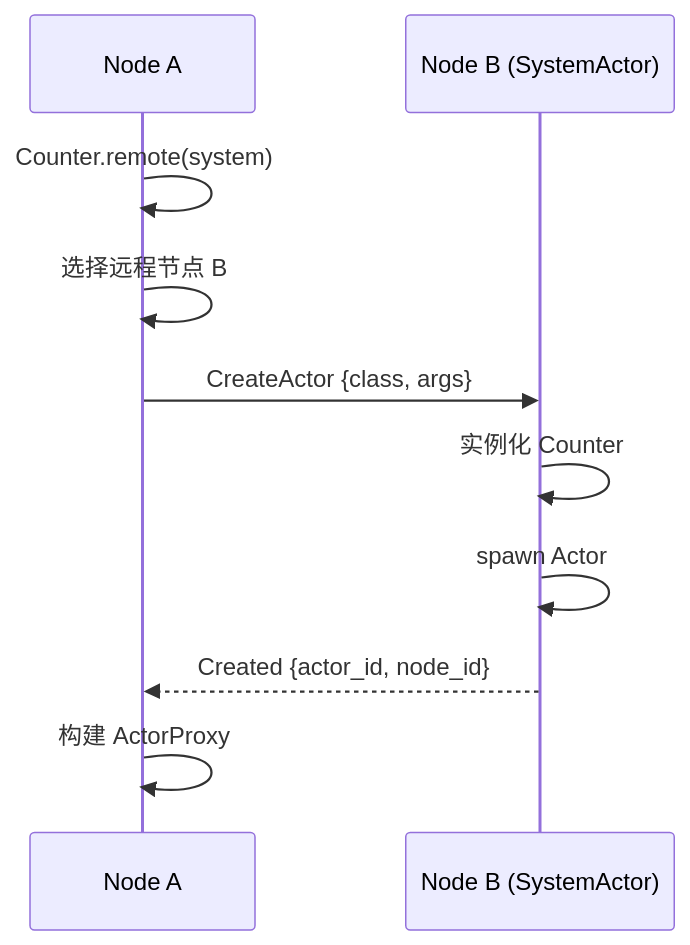
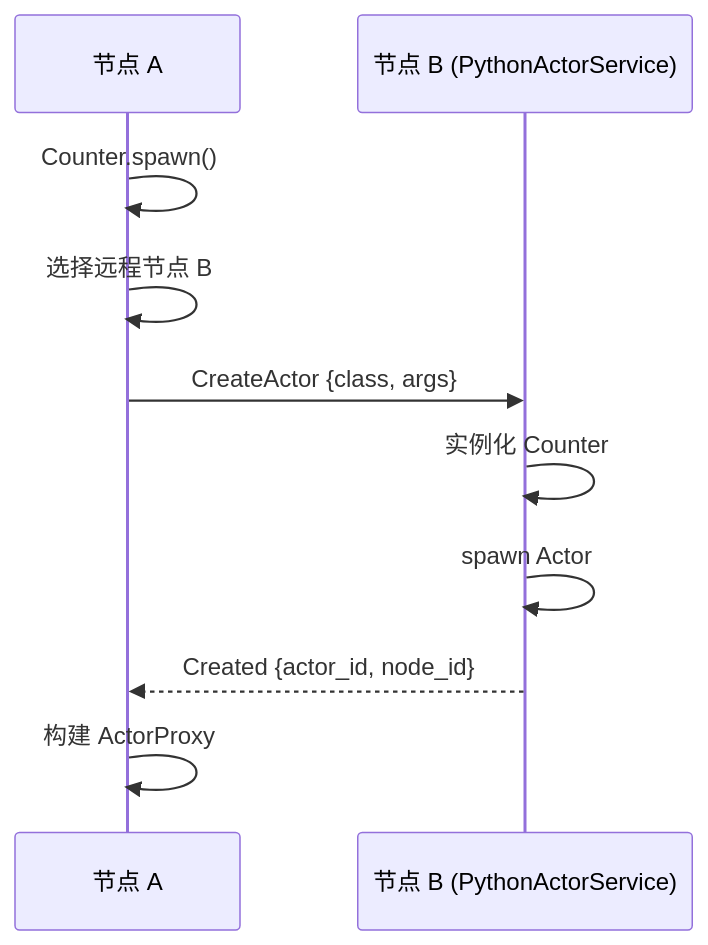
The second of 2 diagrams in docs/src/design/as-actor-decorator.zh.md (wyeth93/Pulsing), drawn with Mermaid before and after one commit. The commit also changed other lines of this file and 30 other files, not shown here.

````diff
--- a/docs/src/design/as-actor-decorator.zh.md
+++ b/docs/src/design/as-actor-decorator.zh.md
@@ -72,15 +72,15 @@
 ```mermaid
 sequenceDiagram
-    participant A as Node A
-    participant B as Node B (SystemActor)
+    participant A as 节点 A
+    participant B as 节点 B (PythonActorService)
 
-    A->>A: Counter.remote(system)
+    A->>A: Counter.spawn()
     A->>A: 选择远程节点 B
 
     A->>B: CreateActor {class, args}
     B->>B: 实例化 Counter
     B->>B: spawn Actor
 
     B-->>A: Created {actor_id, node_id}
     A->>A: 构建 ActorProxy
 ```
````
